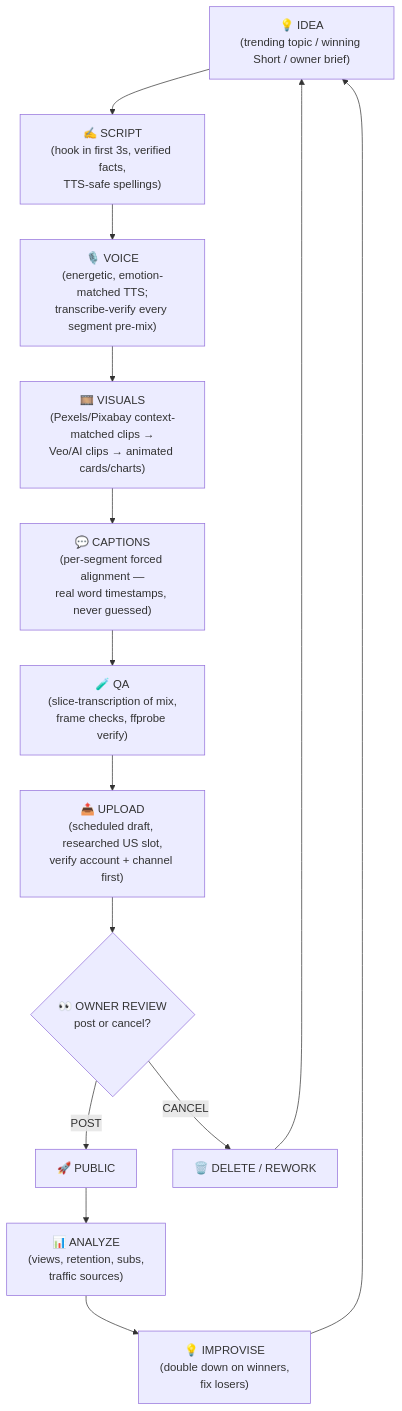
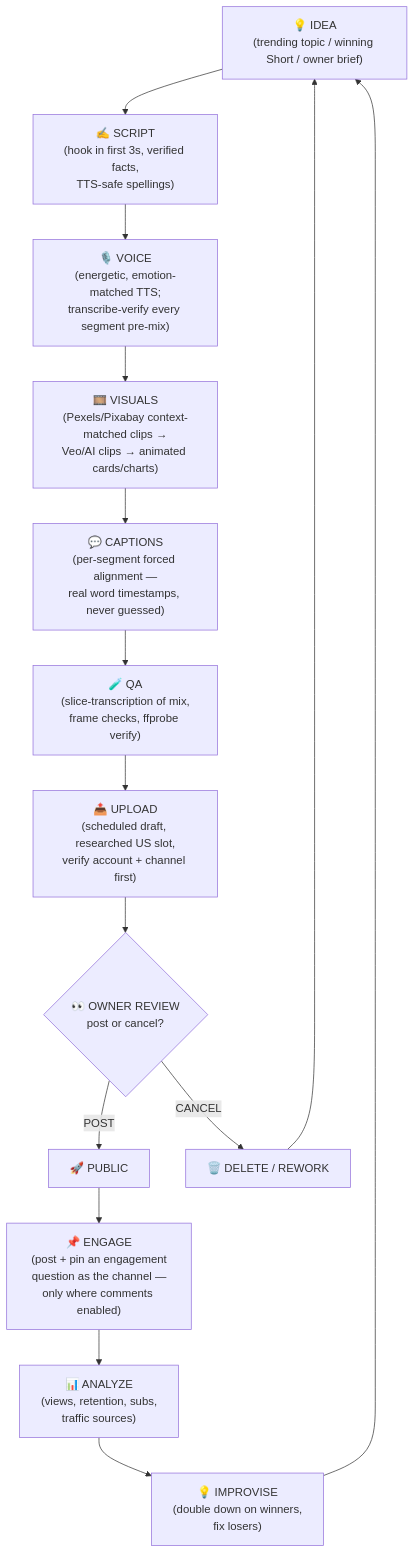
One commit to krishnadhakal03/musevideoroadmap changed the diagram in WORKFLOW.md. Above: the diagram before and after it, drawn with Mermaid. The commit also changed other lines of this file, not shown here.

Commit message:
Workflow: pin engagement comment on every post (where comments enabled)

````diff
--- a/WORKFLOW.md
+++ b/WORKFLOW.md
@@ -7,16 +7,17 @@
 ```mermaid
 flowchart TD
     A["💡 IDEA<br/>(trending topic / winning Short / owner brief)"] --> B["✍️ SCRIPT<br/>(hook in first 3s, verified facts,<br/>TTS-safe spellings)"]
     B --> C["🎙️ VOICE<br/>(energetic, emotion-matched TTS;<br/>transcribe-verify every segment pre-mix)"]
     C --> D["🎞️ VISUALS<br/>(Pexels/Pixabay context-matched clips →<br/>Veo/AI clips → animated cards/charts)"]
     D --> E["💬 CAPTIONS<br/>(per-segment forced alignment —<br/>real word timestamps, never guessed)"]
     E --> F["🧪 QA<br/>(slice-transcription of mix,<br/>frame checks, ffprobe verify)"]
     F --> G["📤 UPLOAD<br/>(scheduled draft, researched US slot,<br/>verify account + channel first)"]
     G --> H{"👀 OWNER REVIEW<br/>post or cancel?"}
     H -->|POST| I["🚀 PUBLIC"]
     H -->|CANCEL| J["🗑️ DELETE / REWORK"]
-    I --> K["📊 ANALYZE<br/>(views, retention, subs,<br/>traffic sources)"]
+    I --> P["📌 ENGAGE<br/>(post + pin an engagement<br/>question as the channel —<br/>only where comments enabled)"]
+    P --> K["📊 ANALYZE<br/>(views, retention, subs,<br/>traffic sources)"]
     K --> L["💡 IMPROVISE<br/>(double down on winners,<br/>fix losers)"]
     L --> A
     J --> A
 ```
````
